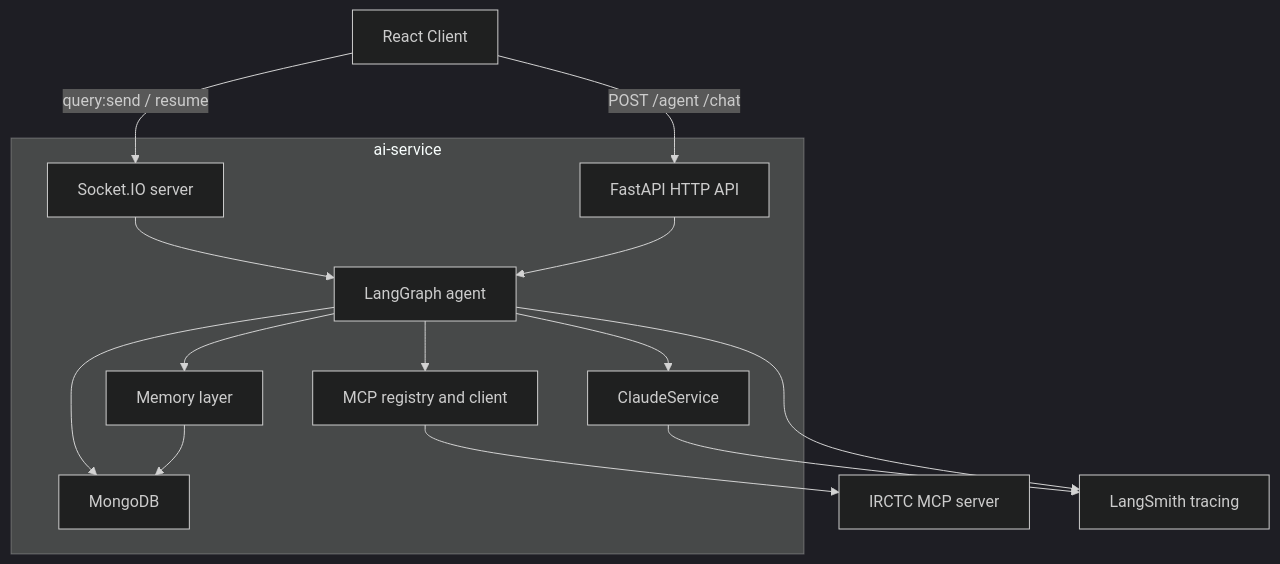
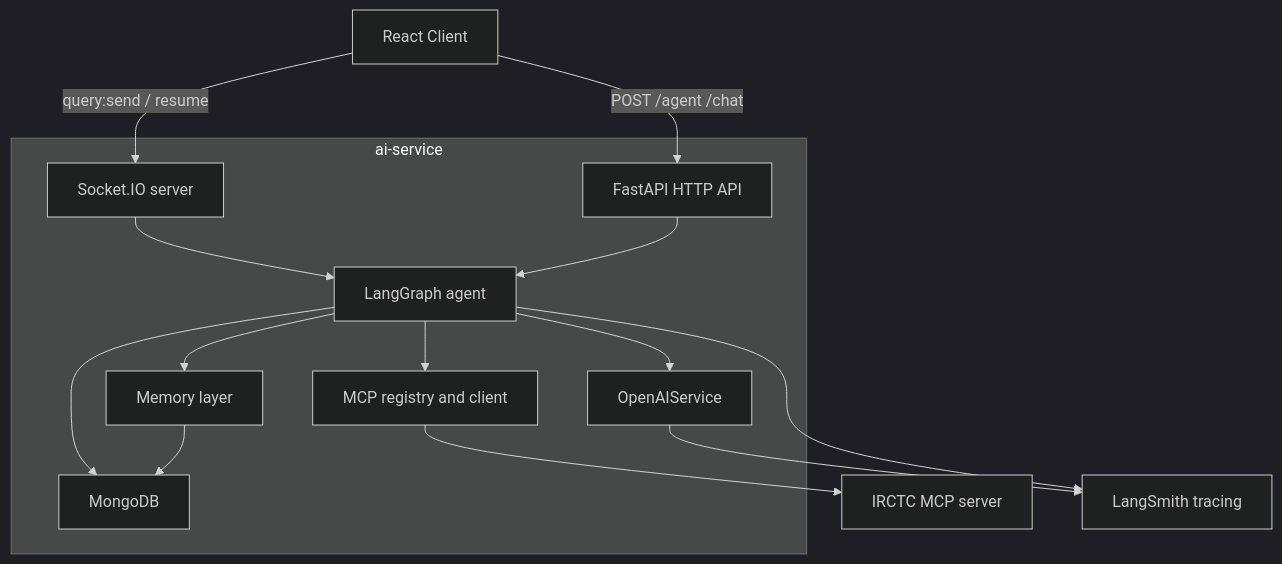
One commit to CodeSahil21/irctc_agent2 changed the first of 2 diagrams in ai-service/README.md. Above: the diagram before and after it, drawn with Mermaid (dark theme). The commit also changed other lines of this file and 32 other files, not shown here.

````diff
--- a/ai-service/README.md
+++ b/ai-service/README.md
@@ -32,30 +32,30 @@
 ```mermaid
 flowchart TB
     Client[React Client]
 
     subgraph ai-service
         SIO[Socket.IO server]
         HTTP[FastAPI HTTP API]
         Graph[LangGraph agent]
         Mem[Memory layer]
         MCPReg[MCP registry and client]
-        Claude[ClaudeService]
+        LLM[OpenAIService]
         DB[MongoDB]
     end
 
     MCP[IRCTC MCP server]
     LS[LangSmith tracing]
 
     Client -->|query:send / resume| SIO
     Client -->|POST /agent /chat| HTTP
     SIO --> Graph
     HTTP --> Graph
     Graph --> Mem
-    Graph --> Claude
+    Graph --> LLM
     Graph --> MCPReg
     MCPReg --> MCP
     Graph --> DB
     Mem --> DB
-    Claude --> LS
+    LLM --> LS
     Graph --> LS
 ```
````
